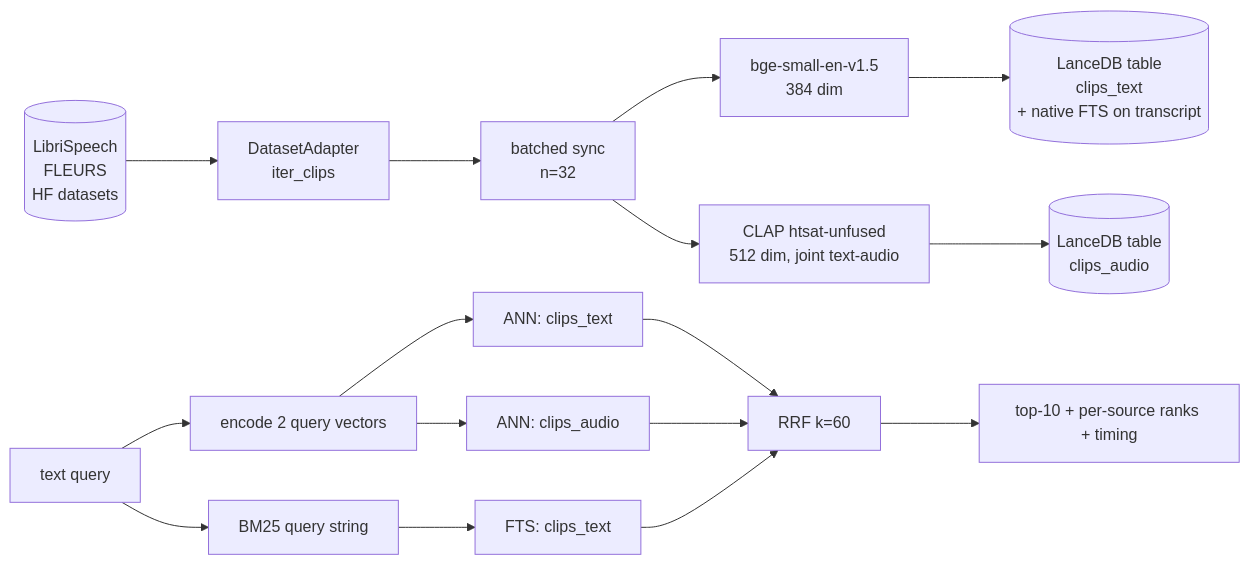
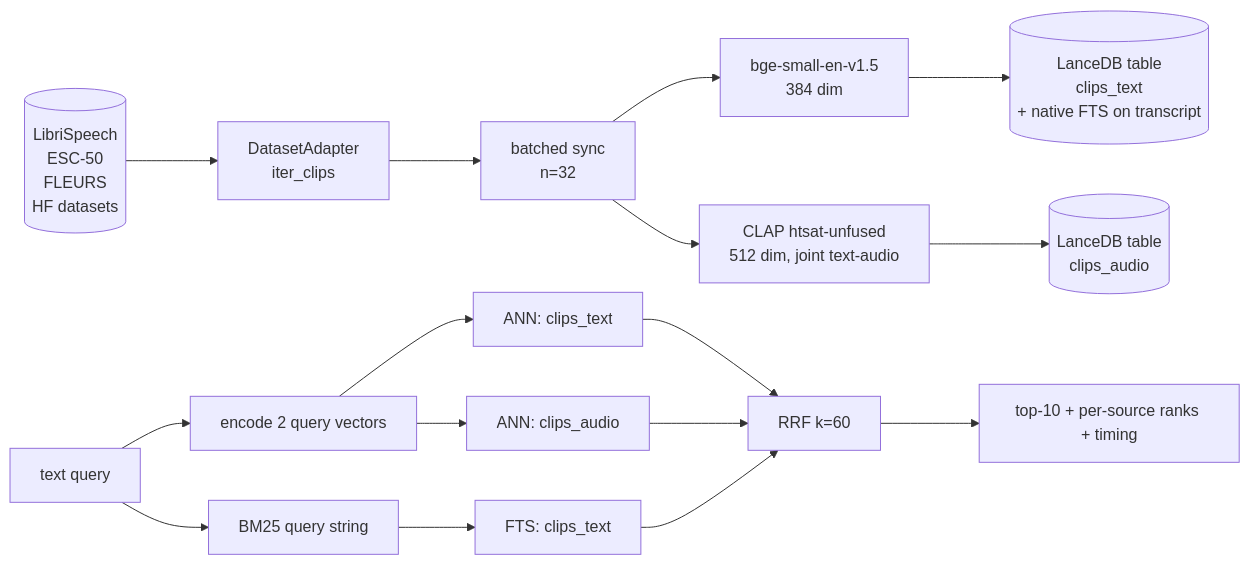
The first of 4 diagrams in README.md (tumultousRamen/audio-search), drawn with Mermaid before and after one commit. The commit also changed other lines of this file and 2 other files, not shown here.

````diff
--- a/README.md
+++ b/README.md
@@ -27,19 +32,19 @@
 ```mermaid
 flowchart LR
-    DS[(LibriSpeech<br/>FLEURS<br/>HF datasets)] --> AD[DatasetAdapter<br/>iter_clips]
+    DS[(LibriSpeech<br/>ESC-50<br/>FLEURS<br/>HF datasets)] --> AD[DatasetAdapter<br/>iter_clips]
     AD --> BAT[batched sync<br/>n=32]
     BAT --> TX[bge-small-en-v1.5<br/>384 dim]
     BAT --> AU[CLAP htsat-unfused<br/>512 dim, joint text-audio]
     TX --> TT[(LanceDB table<br/>clips_text<br/>+ native FTS on transcript)]
     AU --> AT[(LanceDB table<br/>clips_audio)]
 
     Q[text query] --> QE[encode 2 query vectors]
     Q --> BM[BM25 query string]
     QE --> S1[ANN: clips_text]
     QE --> S2[ANN: clips_audio]
     BM --> S3[FTS: clips_text]
     S1 --> RRF[RRF k=60]
     S2 --> RRF
     S3 --> RRF
     RRF --> R[top-10 + per-source ranks + timing]
 ```
````
